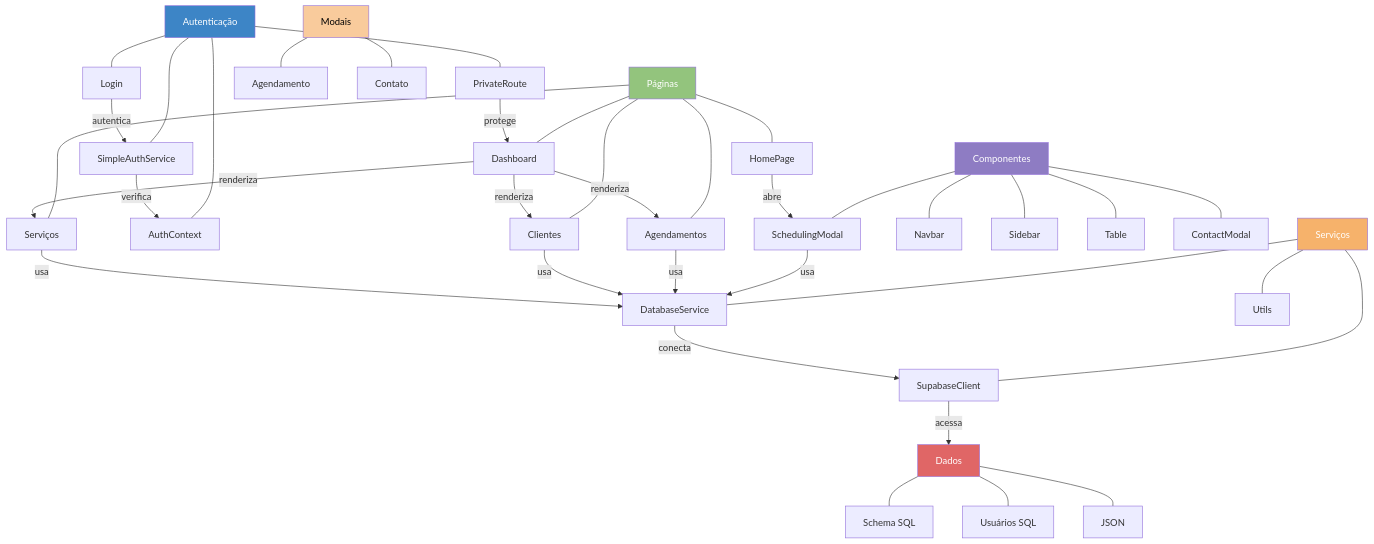
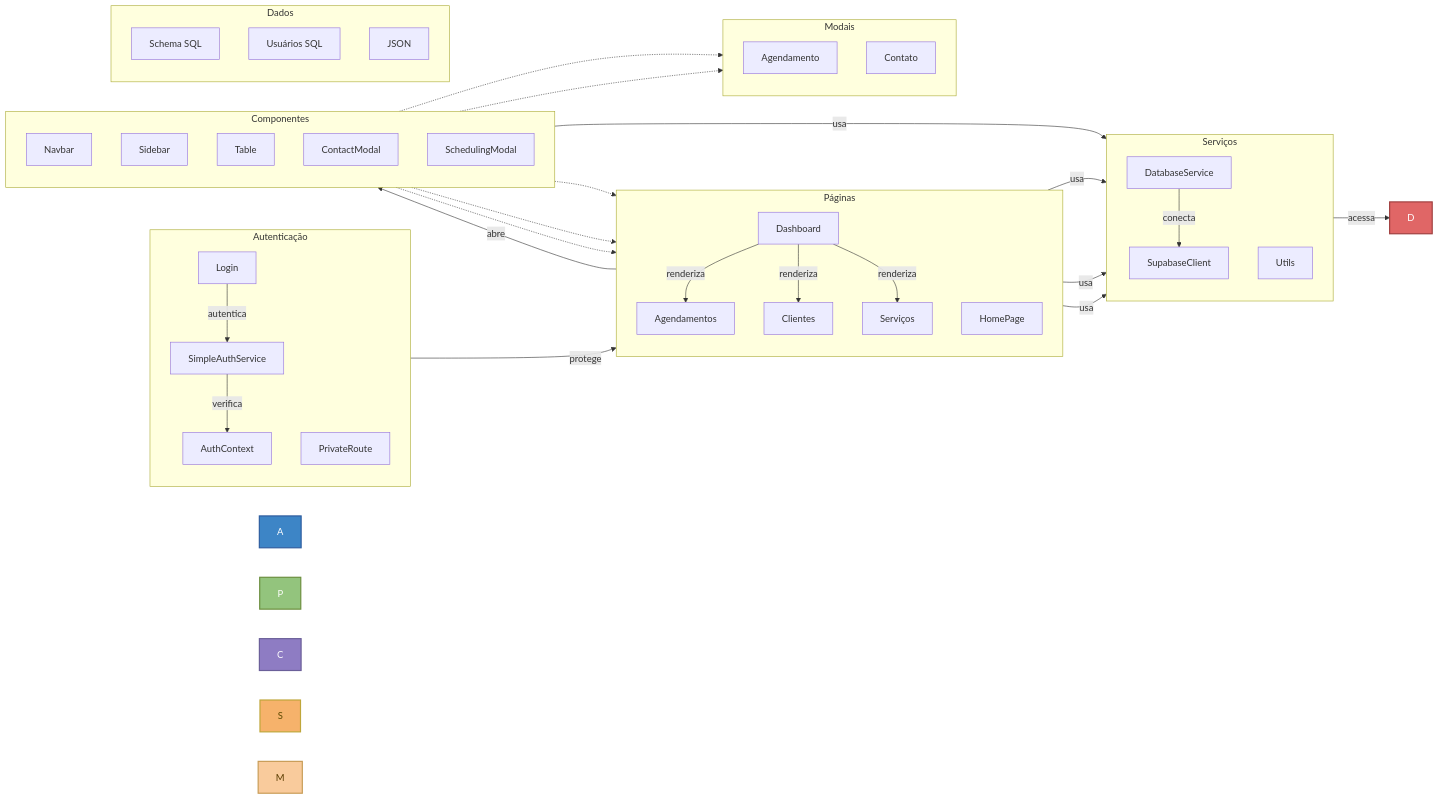
The diagram in README.md (GabrielCordeiroBarrosoTeles/coldtech), drawn with Mermaid before and after one commit.

````diff
--- a/README.md
+++ b/README.md
@@ -107,53 +107,84 @@
 ```mermaid
-flowchart TD
-    style A fill:#3d85c6, color:white
-    style P fill:#93c47d, color:white
-    style S fill:#f6b26b, color:white
-    style C fill:#8e7cc3, color:white
-    style D fill:#e06666, color:white
-    style M fill:#f9cb9c, color:black
+flowchart LR
+    %% Estilos
+    style A fill:#3d85c6, color:white, stroke:#2e5d9f, stroke-width:2px
+    style P fill:#93c47d, color:white, stroke:#6b8e3e, stroke-width:2px
+    style C fill:#8e7cc3, color:white, stroke:#6a5f99, stroke-width:2px
+    style S fill:#f6b26b, color:#5c4900, stroke:#bfa63a, stroke-width:2px
+    style D fill:#e06666, color:white, stroke:#a03f3f, stroke-width:2px
+    style M fill:#f9cb9c, color:#5c3d00, stroke:#c89c56, stroke-width:2px
 
-    %% Camadas da Aplicação
-    A[Autenticação] --- AL[Login]
-    A --- AP[PrivateRoute]
-    A --- AC[AuthContext]
-    A --- AS[SimpleAuthService]
+    %% Subgráficos (camadas)
+    subgraph Autenticação [Autenticação]
+        direction TB
+        AL[Login]
+        AP[PrivateRoute]
+        AC[AuthContext]
+        AS[SimpleAuthService]
+    end
 
-    P[Páginas] --- PD[Dashboard]
-    P --- PA[Agendamentos]
-    P --- PC[Clientes]
-    P --- PS[Serviços]
-    P --- PH[HomePage]
+    subgraph Páginas [Páginas]
+        direction TB
+        PD[Dashboard]
+        PA[Agendamentos]
+        PC[Clientes]
+        PS[Serviços]
+        PH[HomePage]
+    end
 
-    C[Componentes] --- CN[Navbar]
-    C --- CS[Sidebar]
-    C --- CT[Table]
-    C --- CM[ContactModal]
-    C --- CSM[SchedulingModal]
+    subgraph Componentes [Componentes]
+        direction TB
+        CN[Navbar]
+        CS[Sidebar]
+        CT[Table]
+        CM[ContactModal]
+        CSM[SchedulingModal]
+    end
 
-    S[Serviços] --- SD[DatabaseService]
-    S --- SS[SupabaseClient]
-    S --- SU[Utils]
+    subgraph Serviços [Serviços]
+        direction TB
+        SD[DatabaseService]
+        SS[SupabaseClient]
+        SU[Utils]
+    end
 
-    D[Dados] --- DS[Schema SQL]
-    D --- DU[Usuários SQL]
-    D --- DJ[JSON]
+    subgraph Dados [Dados]
+        direction TB
+        DS[Schema SQL]
+        DU[Usuários SQL]
+        DJ[JSON]
+    end
 
-    M[Modais] --- MA[Agendamento]
-    M --- MC[Contato]
+    subgraph Modais [Modais]
+        direction TB
+        MA[Agendamento]
+        MC[Contato]
+    end
 
-    %% Fluxo de Dados
+    %% Fluxo de dados
     AL -->|autentica| AS
     AS -->|verifica| AC
     AP -->|protege| PD
+
     PD -->|renderiza| PA
     PD -->|renderiza| PC
     PD -->|renderiza| PS
+
     PH -->|abre| CSM
+
     CSM -->|usa| SD
     PA -->|usa| SD
     PC -->|usa| SD
     PS -->|usa| SD
+
     SD -->|conecta| SS
     SS -->|acessa| D
+
+    %% Componentes para Páginas
+    CN -.-> PD
+    CS -.-> PD
+    CT -.-> PA
+    CM -.-> MC
+    CSM -.-> MA
+
 ```
````
